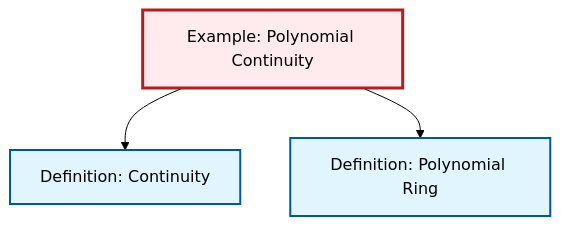
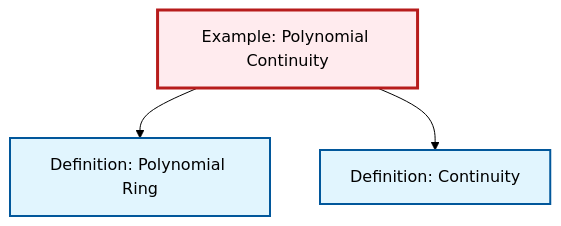
Before and after one commit to RK0429/ModernMath: the diagram in content/ja/analysis/ex-polynomial-continuity.qmd, drawn with Mermaid (forest theme). The commit also changed other lines of this file and 634 other files, not shown here.

````diff
--- a/content/ja/analysis/ex-polynomial-continuity.qmd
+++ b/content/ja/analysis/ex-polynomial-continuity.qmd
@@ -58,17 +58,17 @@
 ```{mermaid}
 %%| fig-cap: "Local dependency graph"
 graph TD
     classDef definition fill:#e1f5fe,stroke:#01579b,stroke-width:2px
     classDef theorem fill:#f3e5f5,stroke:#4a148c,stroke-width:2px
     classDef axiom fill:#fff3e0,stroke:#e65100,stroke-width:2px
     classDef example fill:#e8f5e9,stroke:#1b5e20,stroke-width:2px
     classDef current fill:#ffebee,stroke:#b71c1c,stroke-width:3px
+    def-continuity["Definition: Continuity"]:::definition
     ex-polynomial-continuity["Example: Polynomial Continuity"]:::example
-    def-continuity["Definition: Continuity"]:::definition
     def-polynomial-ring["Definition: Polynomial Ring"]:::definition
+    ex-polynomial-continuity --> def-polynomial-ring
     ex-polynomial-continuity --> def-continuity
-    ex-polynomial-continuity --> def-polynomial-ring
     class ex-polynomial-continuity current
     click def-continuity "def-continuity.html" "Definition: Continuityへ"
     click def-polynomial-ring "def-polynomial-ring.html" "Definition: Polynomial Ringへ"
 ```
````
